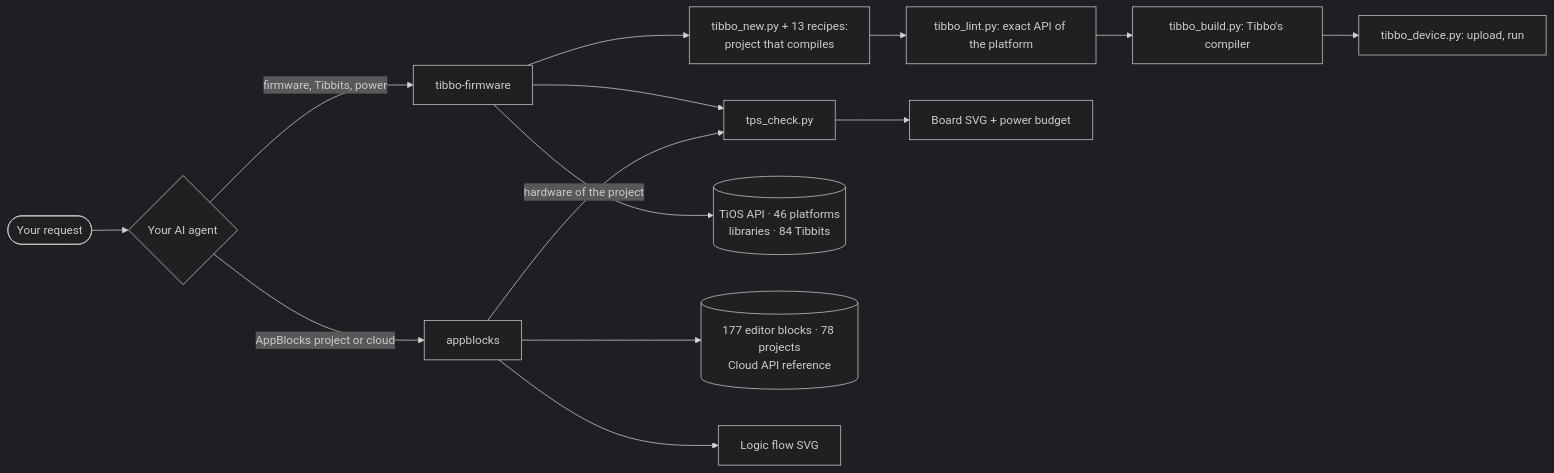
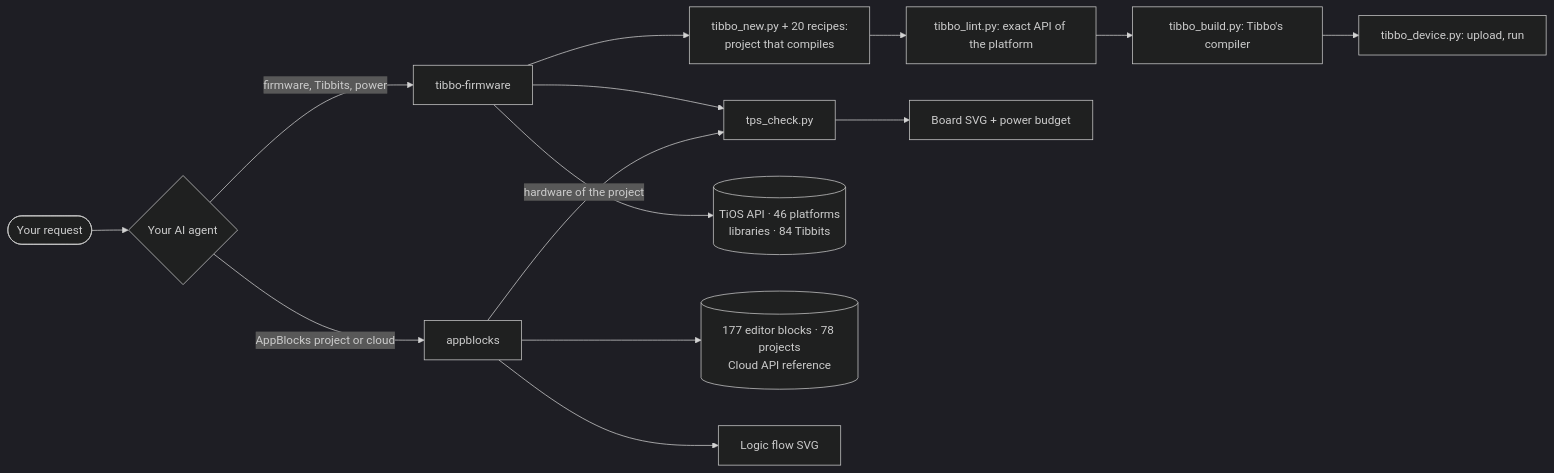
One commit to SCANCODE-IOT/tibbo-ai-skills changed the diagram in README.md. Above: the diagram before and after it, drawn with Mermaid (dark theme). The commit also changed other lines of this file and 111 other files, not shown here.

First line of the commit message:
2.3.0: control tasks with automatic checks and first results; 6 AppBlocks recipes for TiOS; firmware recipes 14-20 (Modbus TCP, HTTP, TLS, Bluetooth, LCD, two in Tibbo C); linter warnings for an untouched skeleton and for names of the newest platform files; checker rules found by the compiler

````diff
--- a/README.md
+++ b/README.md
@@ -47,16 +47,16 @@
 ```mermaid
 flowchart LR
     U([Your request]) --> C{Your AI agent}
     C -->|firmware, Tibbits, power| F[tibbo-firmware]
     C -->|AppBlocks project or cloud| A[appblocks]
     A -->|hardware of the project| T[tps_check.py]
     F --> T
-    F --> G[tibbo_new.py + 13 recipes:<br/>project that compiles]
+    F --> G[tibbo_new.py + 20 recipes:<br/>project that compiles]
     G --> N[tibbo_lint.py: exact API of the platform]
     N --> B[tibbo_build.py: Tibbo's compiler]
     B --> D[tibbo_device.py: upload, run]
     F --> R[(TiOS API · 46 platforms<br/>libraries · 84 Tibbits)]
     A --> K[(177 editor blocks · 78 projects<br/>Cloud API reference)]
     T --> S[Board SVG + power budget]
     A --> L[Logic flow SVG]
 ```
````
